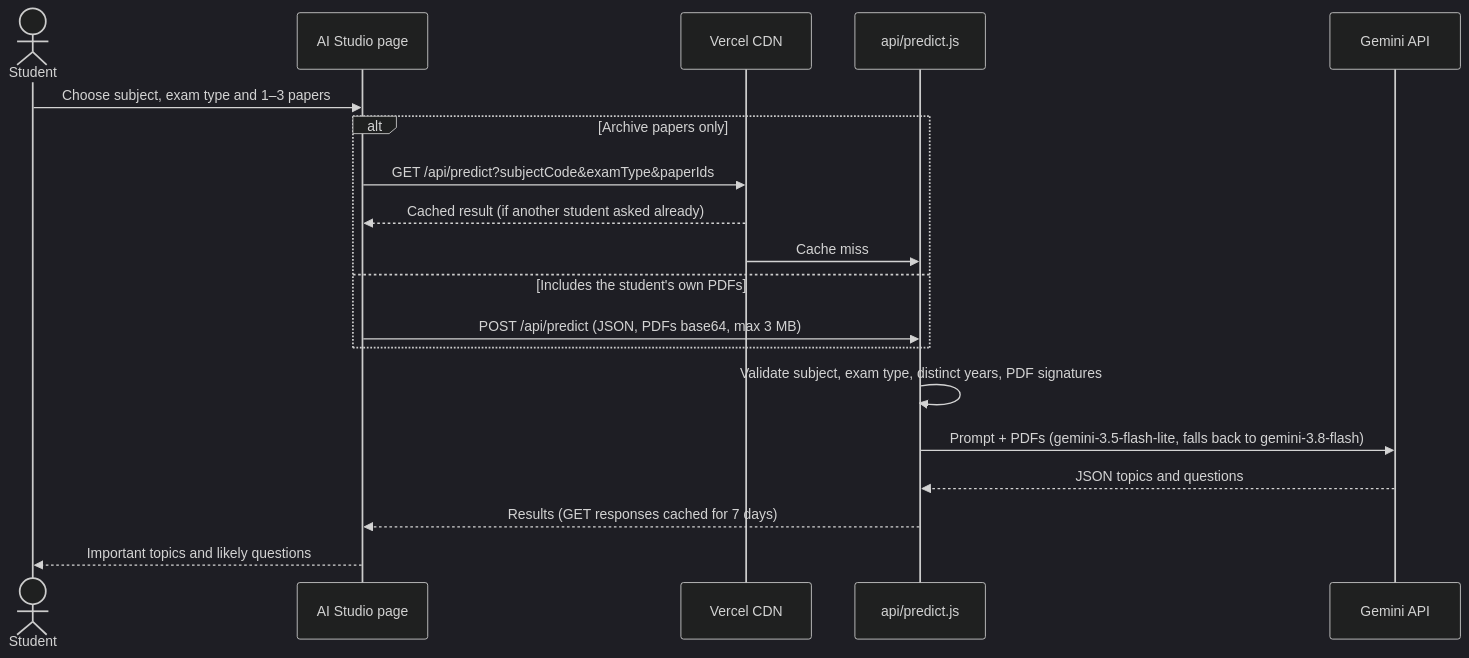
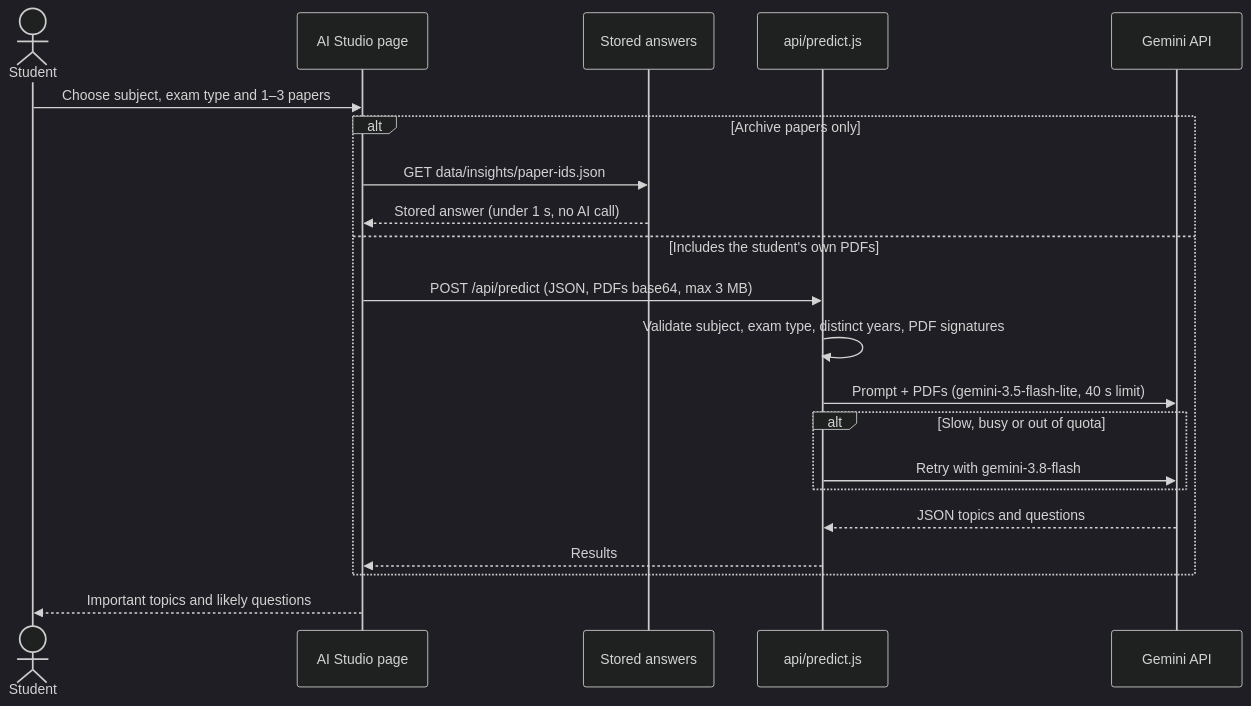
One commit to kritika89898/ExamForge changed the second of 2 diagrams in README.md. Above: the diagram before and after it, drawn with Mermaid (dark theme). The commit also changed other lines of this file, not shown here.

First line of the commit message:
README: add demo video and document the current ExamForge

````diff
--- a/README.md
+++ b/README.md
@@ -111,22 +115,24 @@
 ```mermaid
 sequenceDiagram
     actor S as Student
     participant UI as AI Studio page
-    participant CDN as Vercel CDN
+    participant ST as Stored answers
     participant F as api/predict.js
     participant AI as Gemini API
 
     S->>UI: Choose subject, exam type and 1–3 papers
     alt Archive papers only
-        UI->>CDN: GET /api/predict?subjectCode&examType&paperIds
-        CDN-->>UI: Cached result (if another student asked already)
-        CDN->>F: Cache miss
+        UI->>ST: GET data/insights/paper-ids.json
+        ST-->>UI: Stored answer (under 1 s, no AI call)
     else Includes the student's own PDFs
         UI->>F: POST /api/predict (JSON, PDFs base64, max 3 MB)
+        F->>F: Validate subject, exam type, distinct years, PDF signatures
+        F->>AI: Prompt + PDFs (gemini-3.5-flash-lite, 40 s limit)
+        alt Slow, busy or out of quota
+            F->>AI: Retry with gemini-3.8-flash
+        end
+        AI-->>F: JSON topics and questions
+        F-->>UI: Results
     end
-    F->>F: Validate subject, exam type, distinct years, PDF signatures
-    F->>AI: Prompt + PDFs (gemini-3.5-flash-lite, falls back to gemini-3.8-flash)
-    AI-->>F: JSON topics and questions
-    F-->>UI: Results (GET responses cached for 7 days)
     UI-->>S: Important topics and likely questions
 ```
````
